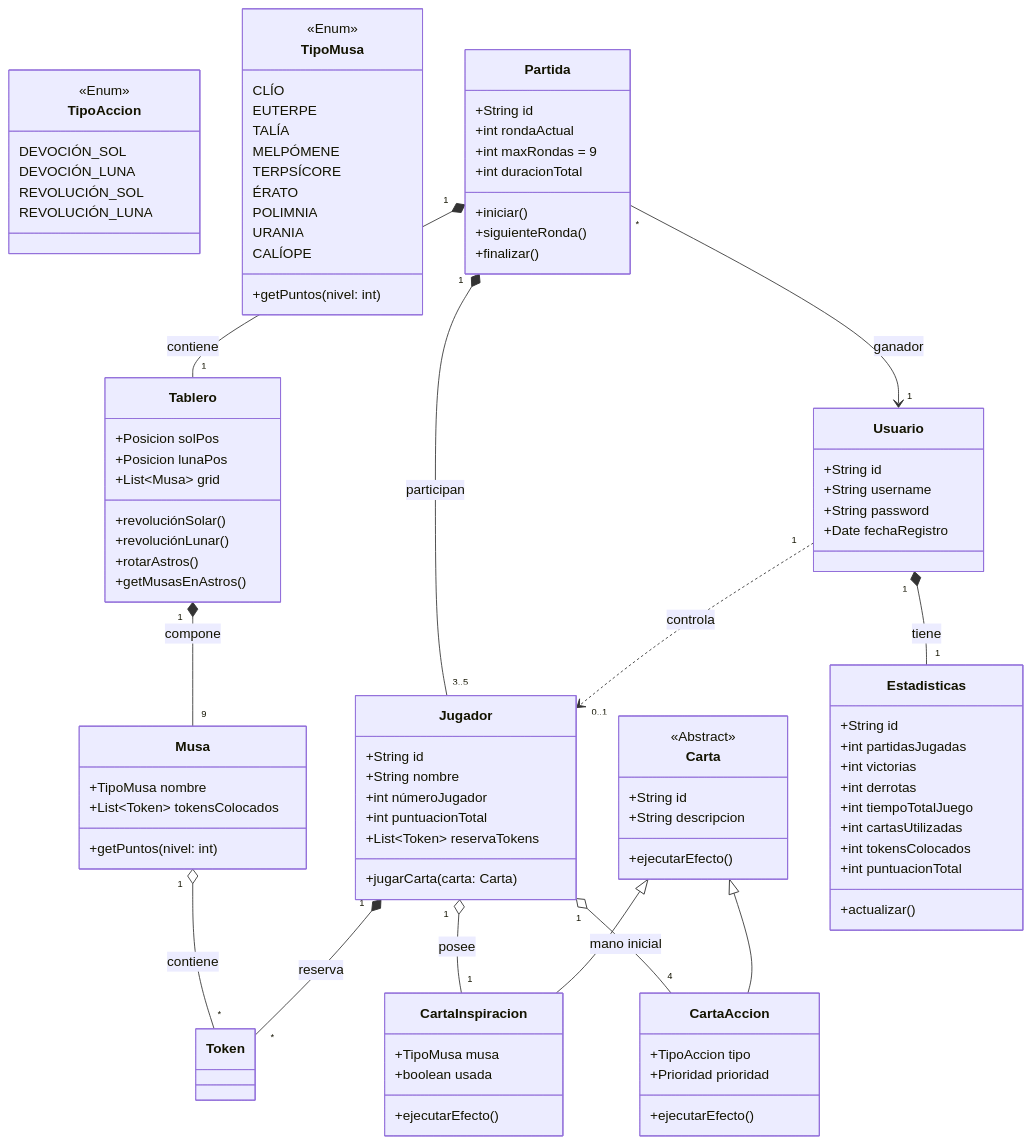
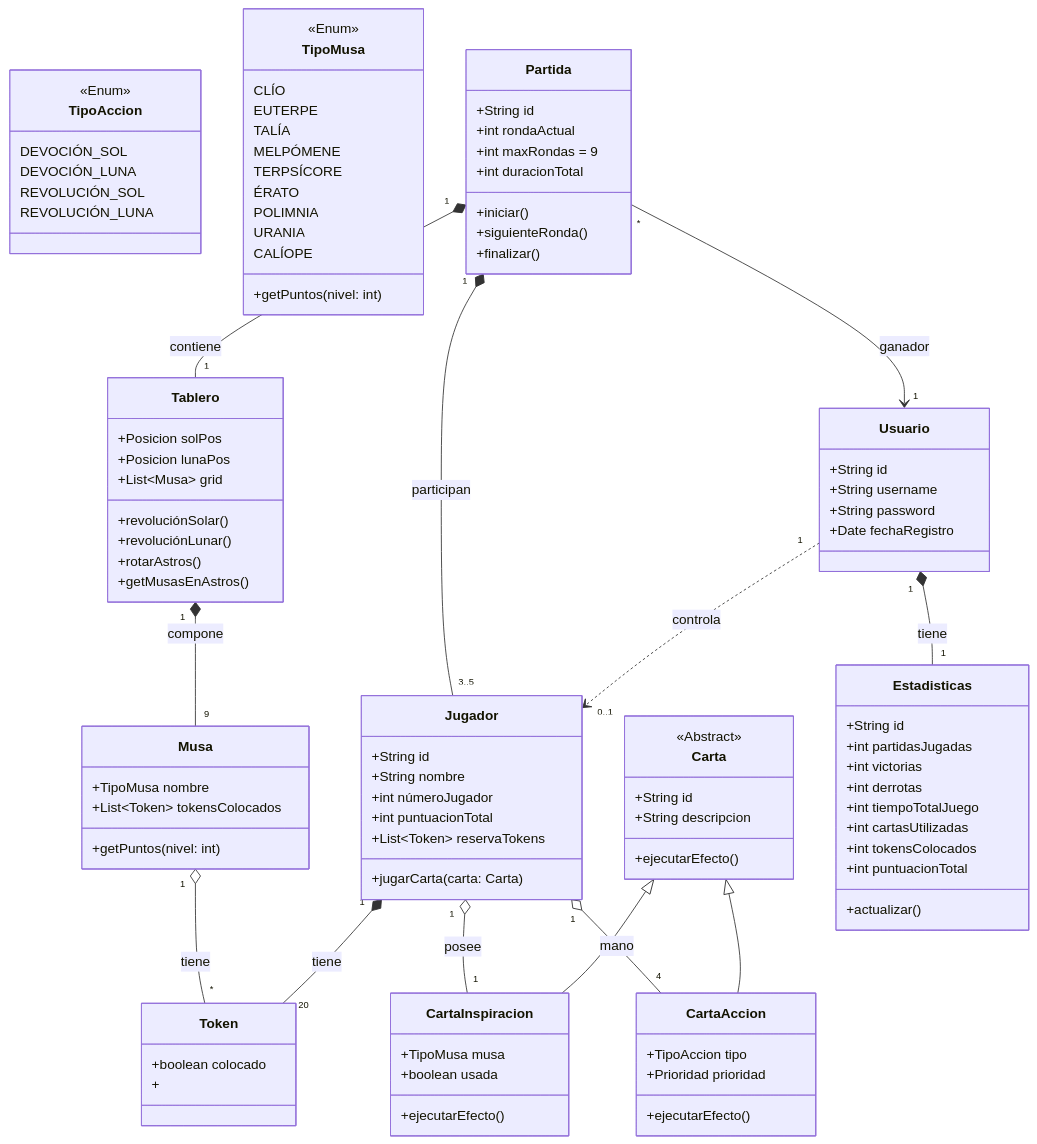
The diagram in docs/Análisis/Modelo de Dominio.md (PedroJimenezGuerrero/Muses_TFG), drawn with Mermaid before and after one commit. The commit also changed 4 other files, not shown here.

First line of the commit message:
refactor(Cartas): :recycle: refactorizar la relación entre Token y Jugador

```diff
--- a/docs/Análisis/Modelo de Dominio.md
+++ b/docs/Análisis/Modelo de Dominio.md
@@ -105,6 +105,8 @@
     }
 
     class Token:::item {
+        +boolean colocado
+        +
     }
 
     %% Relaciones
@@ -112,11 +114,11 @@
     Partida "1" *-- "3..5" Jugador : participan
     
     Tablero "1" *-- "9" Musa : compone
-    Musa "1" o-- "*" Token : contiene
+    Musa "1" o-- "*" Token : tiene
 
     Jugador "1" o-- "1" CartaInspiracion : posee
-    Jugador "1" o-- "4" CartaAccion : mano inicial
-    Jugador "1" *-- "*" Token : reserva
+    Jugador "1" o-- "4" CartaAccion : mano
+    Jugador "1" *-- "20" Token : tiene
 
     Carta <|-- CartaAccion
     Carta <|-- CartaInspiracion
```
